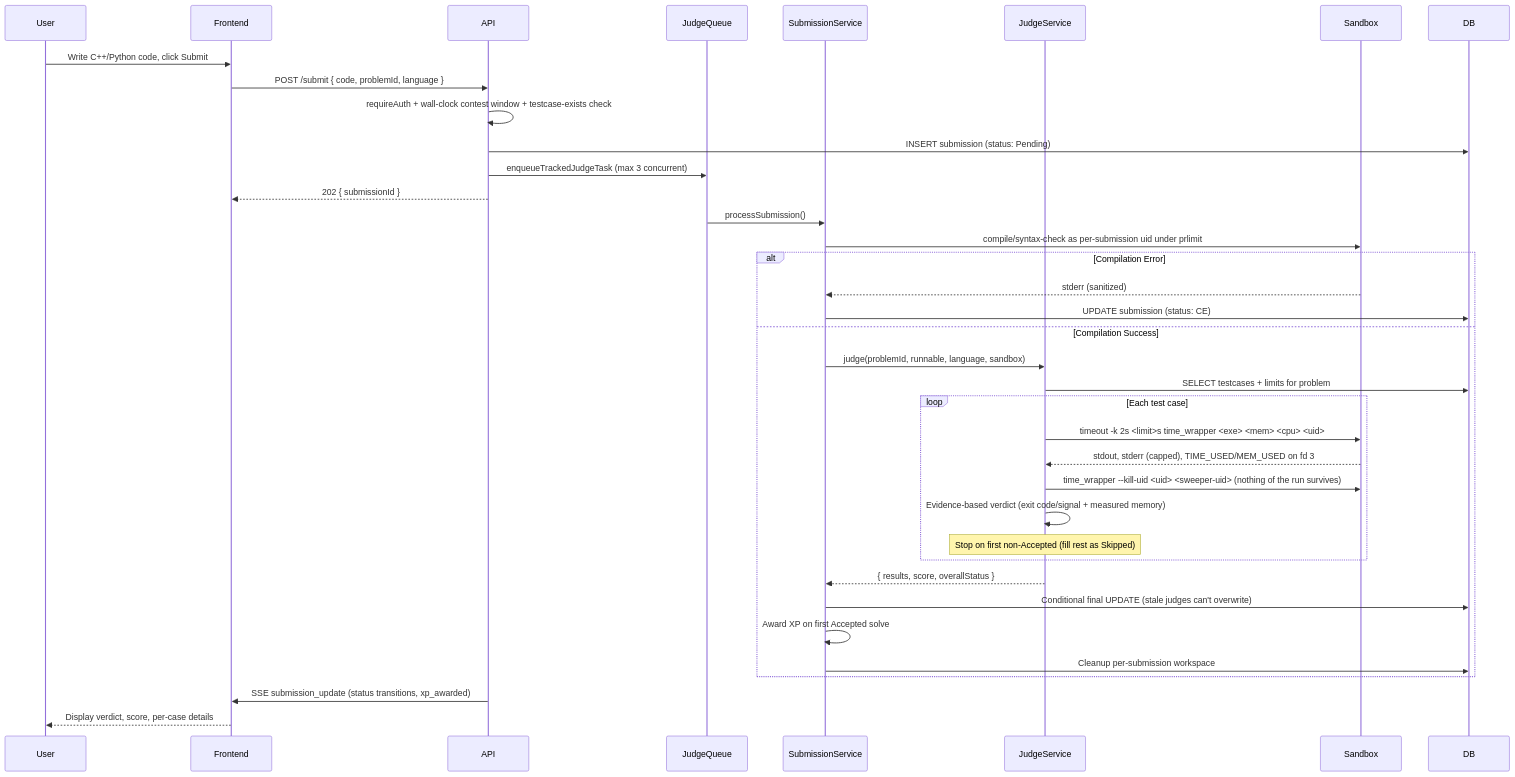
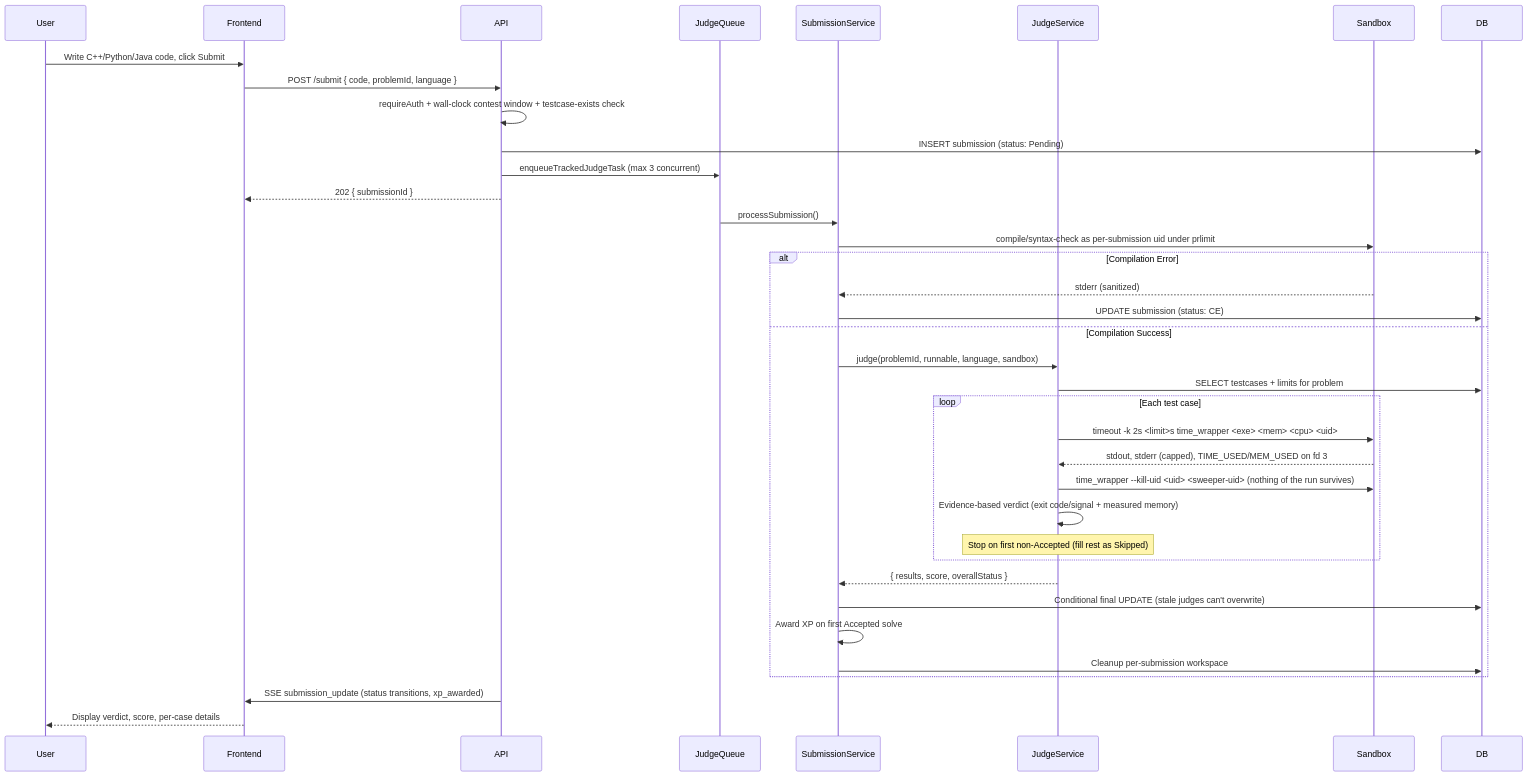
One commit to Nonbangkok/OJ changed the third of 5 diagrams in .context/ARCHITECTURE.md. Above: the diagram before and after it, drawn with Mermaid. The commit also changed other lines of this file and 21 other files, not shown here.

First line of the commit message:
feat(java): JDK 25 image layer, trusted launcher, frontend and docs

````diff
--- a/.context/ARCHITECTURE.md
+++ b/.context/ARCHITECTURE.md
@@ -324,40 +324,40 @@
 ```mermaid
 sequenceDiagram
     participant User
     participant Frontend
     participant API
     participant JudgeQueue
     participant SubmissionService
     participant JudgeService
     participant Sandbox
     participant DB
 
-    User->>Frontend: Write C++/Python code, click Submit
+    User->>Frontend: Write C++/Python/Java code, click Submit
     Frontend->>API: POST /submit { code, problemId, language }
     API->>API: requireAuth + wall-clock contest window + testcase-exists check
     API->>DB: INSERT submission (status: Pending)
     API->>JudgeQueue: enqueueTrackedJudgeTask (max 3 concurrent)
     API-->>Frontend: 202 { submissionId }
     JudgeQueue->>SubmissionService: processSubmission()
     SubmissionService->>Sandbox: compile/syntax-check as per-submission uid under prlimit
     alt Compilation Error
         Sandbox-->>SubmissionService: stderr (sanitized)
         SubmissionService->>DB: UPDATE submission (status: CE)
     else Compilation Success
         SubmissionService->>JudgeService: judge(problemId, runnable, language, sandbox)
         JudgeService->>DB: SELECT testcases + limits for problem
         loop Each test case
             JudgeService->>Sandbox: timeout -k 2s <limit>s time_wrapper <exe> <mem> <cpu> <uid>
             Sandbox-->>JudgeService: stdout, stderr (capped), TIME_USED/MEM_USED on fd 3
             JudgeService->>Sandbox: time_wrapper --kill-uid <uid> <sweeper-uid> (nothing of the run survives)
             JudgeService->>JudgeService: Evidence-based verdict (exit code/signal + measured memory)
             Note over JudgeService: Stop on first non-Accepted (fill rest as Skipped)
         end
         JudgeService-->>SubmissionService: { results, score, overallStatus }
         SubmissionService->>DB: Conditional final UPDATE (stale judges can't overwrite)
         SubmissionService->>SubmissionService: Award XP on first Accepted solve
         SubmissionService->>DB: Cleanup per-submission workspace
     end
     API->>Frontend: SSE submission_update (status transitions, xp_awarded)
     Frontend-->>User: Display verdict, score, per-case details
 ```
````
